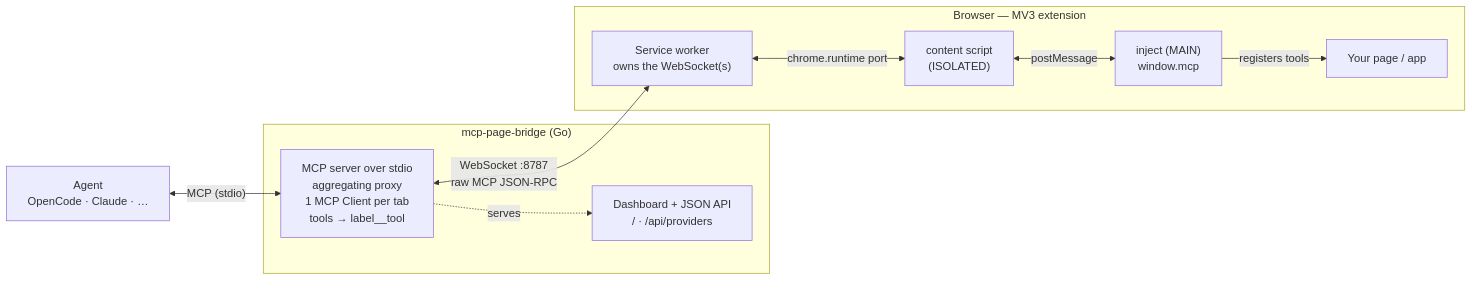
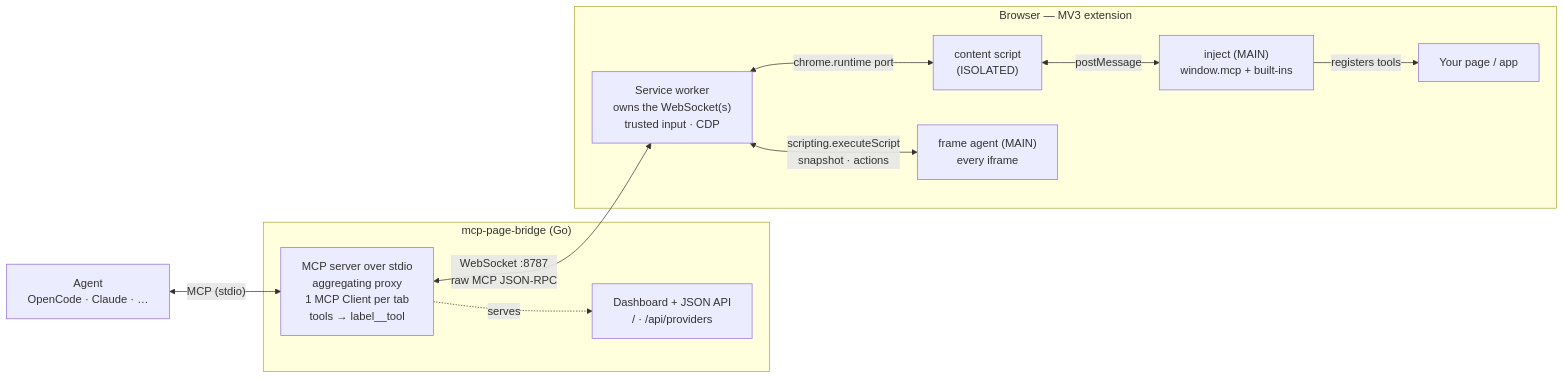
Before and after one commit to rytsh/mcp-page-bridge: the diagram in README.md, drawn with Mermaid. The commit also changed other lines of this file and 22 other files, not shown here.

````diff
--- a/README.md
+++ b/README.md
@@ -22,23 +22,25 @@
 ```mermaid
 flowchart LR
     A["Agent<br/>OpenCode · Claude · …"]
 
     subgraph bridge["mcp-page-bridge (Go)"]
         B["MCP server over stdio<br/>aggregating proxy<br/>1 MCP Client per tab<br/>tools → label__tool"]
         D["Dashboard + JSON API<br/>/ · /api/providers"]
     end
 
     subgraph ext["Browser — MV3 extension"]
-        SW["Service worker<br/>owns the WebSocket(s)"]
+        SW["Service worker<br/>owns the WebSocket(s)<br/>trusted input · CDP"]
         CS["content script<br/>(ISOLATED)"]
-        IN["inject (MAIN)<br/>window.mcp"]
+        IN["inject (MAIN)<br/>window.mcp + built-ins"]
+        FR["frame agent (MAIN)<br/>every iframe"]
         PG["Your page / app"]
     end
 
     A <-->|"MCP (stdio)"| B
     B <-->|"WebSocket :8787<br/>raw MCP JSON-RPC"| SW
     SW <-->|"chrome.runtime port"| CS
     CS <-->|"postMessage"| IN
     IN -->|"registers tools"| PG
+    SW <-->|"scripting.executeScript<br/>snapshot · actions"| FR
     B -.->|serves| D
 ```
````
